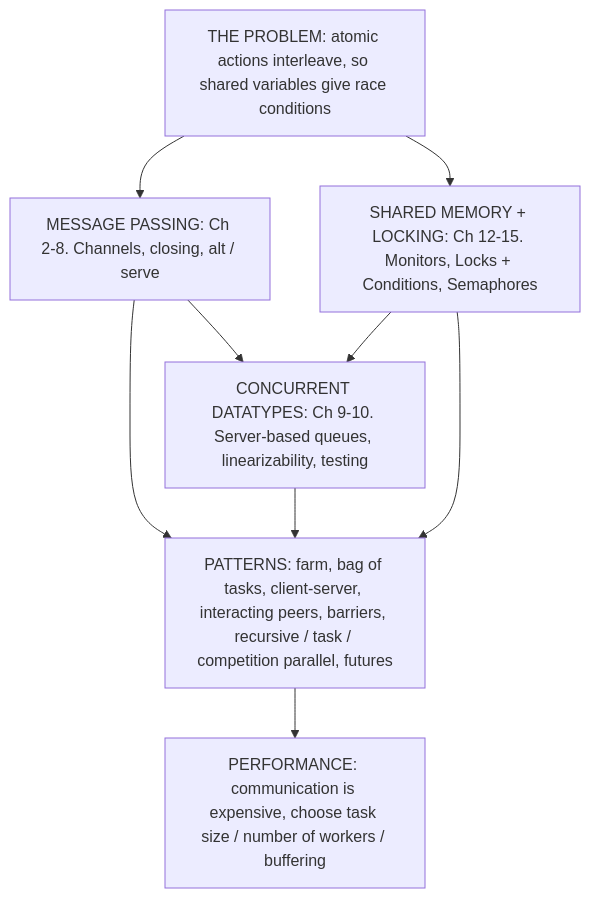
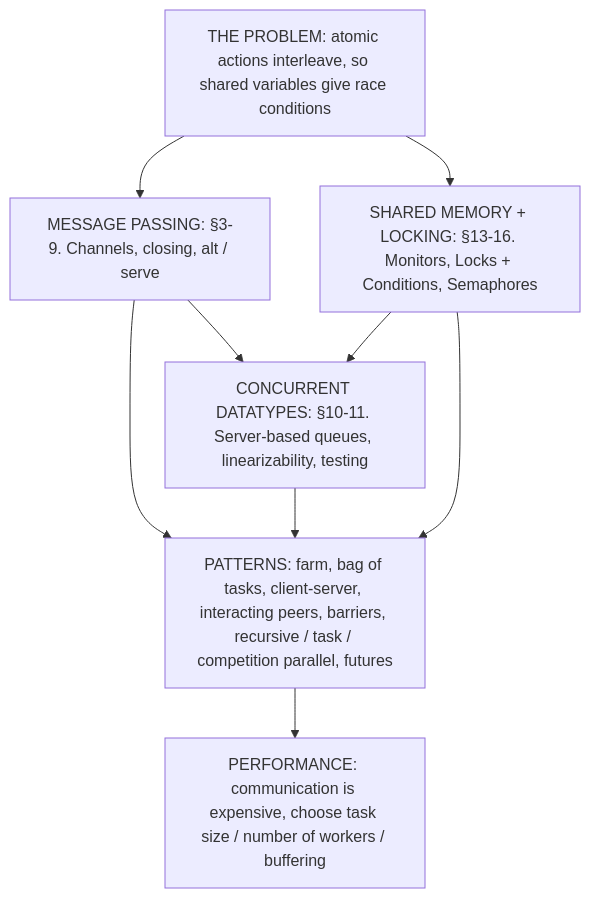
Before and after one commit to snowy615/cs2: the diagram in concurrent-programming/CP-Summary.md, drawn with Mermaid. The commit also changed other lines of this file, not shown here.

````diff
--- a/concurrent-programming/CP-Summary.md
+++ b/concurrent-programming/CP-Summary.md
@@ -78,12 +78,12 @@
 ```mermaid
 flowchart TD
     P["THE PROBLEM: atomic actions interleave, so shared variables give race conditions"]
-    P --> MP["MESSAGE PASSING: Ch 2-8. Channels, closing, alt / serve"]
-    P --> SM["SHARED MEMORY + LOCKING: Ch 12-15. Monitors, Locks + Conditions, Semaphores"]
-    MP --> CD["CONCURRENT DATATYPES: Ch 9-10. Server-based queues, linearizability, testing"]
+    P --> MP["MESSAGE PASSING: §3-9. Channels, closing, alt / serve"]
+    P --> SM["SHARED MEMORY + LOCKING: §13-16. Monitors, Locks + Conditions, Semaphores"]
+    MP --> CD["CONCURRENT DATATYPES: §10-11. Server-based queues, linearizability, testing"]
     SM --> CD
     MP --> PAT["PATTERNS: farm, bag of tasks, client-server, interacting peers, barriers, recursive / task / competition parallel, futures"]
     CD --> PAT
     SM --> PAT
     PAT --> PERF["PERFORMANCE: communication is expensive, choose task size / number of workers / buffering"]
 ```
````
